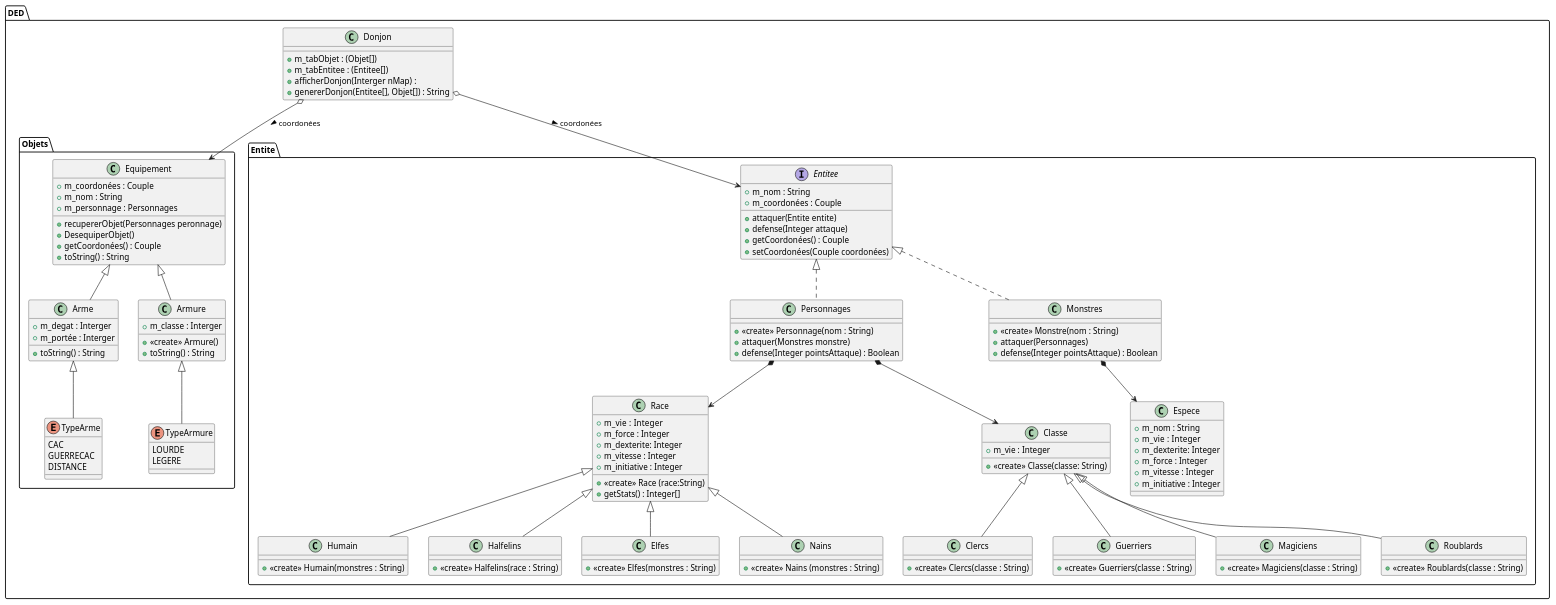
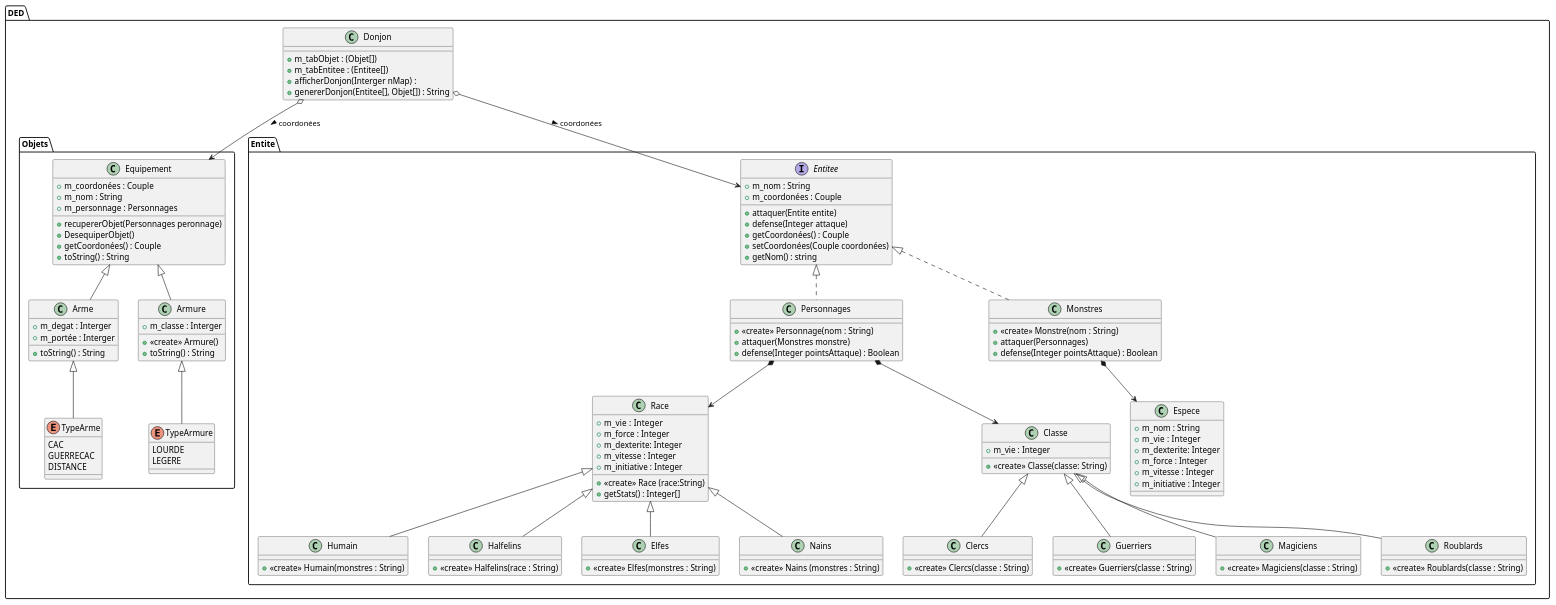
The diagram in uml/umlDeD.puml (prise12/Donjons-et-Dragons), drawn with PlantUML before and after one commit. The commit also changed 4 other files, not shown here.

```diff
--- a/uml/umlDeD.puml
+++ b/uml/umlDeD.puml
@@ -1,177 +1,178 @@
 @startuml
 'https://plantuml.com/class-diagram
 scale 1
 
 package DED{
 
     package Objets {
 
 
 
         class Equipement {
             + m_coordonées : Couple
             + m_nom : String
             + m_personnage : Personnages
             + recupererObjet(Personnages peronnage)
             + DesequiperObjet()
             + getCoordonées() : Couple
             + toString() : String
 
         }
 
         class Arme extends Equipement
         {
 
                 + m_degat : Interger
                 + m_portée : Interger
                 + toString() : String
         }
 
         enum TypeArme extends Arme
         {
             CAC
             GUERRECAC
             DISTANCE
         }
 
         class Armure extends Equipement
         {
                 + <<create>> Armure()
                 + m_classe : Interger
                 + toString() : String
         }
 
         enum TypeArmure    extends Armure
         {
             LOURDE
             LEGERE
         }
 
     }
 
     package Entite {
             interface Entitee
             {
                 + m_nom : String
                 + m_coordonées : Couple
                 + attaquer(Entite entite)
                 + defense(Integer attaque)
                 + getCoordonées() : Couple
                 + setCoordonées(Couple coordonées)
+                + getNom() : string
             }
 
             class Personnages implements Entitee
             {
                 +<<create>> Personnage(nom : String)
                 +attaquer(Monstres monstre)
                 +defense(Integer pointsAttaque) : Boolean
             }
 
             class Race
             {
                 + <<create>> Race (race:String)
                 + m_vie  : Integer
                 + m_force : Integer
                 + m_dexterite: Integer
                 + m_vitesse : Integer
                 + m_initiative : Integer
                 + getStats() : Integer[]
 
             }
 
             class Humain extends Race
             {
                 +<<create>> Humain(monstres : String)
 
             }
 
             class Halfelins extends Race
             {
                 +<<create>> Halfelins(race : String)
 
             }
 
             class Elfes extends Race
             {
                 +<<create>> Elfes(monstres : String)
 
             }
 
             class Nains extends Race
             {
                 +<<create>> Nains (monstres : String)
 
             }
 
             class Classe
             {
                 +<<create>> Classe(classe: String)
                 +m_vie : Integer
             }
 
             class Clercs extends Classe
             {
                 +<<create>> Clercs(classe : String)
 
 
             }
 
             class Guerriers extends Classe
             {
                 +<<create>> Guerriers(classe : String)
 
             }
 
             class Magiciens extends Classe
             {
                 +<<create>> Magiciens(classe : String)
             }
 
             class Roublards extends Classe
             {
                 +<<create>> Roublards(classe : String)
             }
 
             class Monstres implements Entitee
             {
 
                 +<<create>> Monstre(nom : String)
                 +attaquer(Personnages)
                 +defense(Integer pointsAttaque) : Boolean
             }
 
             class Espece
             {
                 +m_nom : String
                 +m_vie  : Integer
                 +m_dexterite: Integer
                 +m_force : Integer
                 +m_vitesse : Integer
                 +m_initiative : Integer
             }
 
     }
 
 
     class Donjon
     {
 
         + m_tabObjet : (Objet[])
         + m_tabEntitee : (Entitee[])
         + afficherDonjon(Interger nMap) :
         + genererDonjon(Entitee[], Objet[]) : String
     }
 
 }
 
 
 Donjon o--> Equipement : > coordonées
 Donjon o--> Entitee: > coordonées
 Personnages *--> Race
 Personnages *--> Classe
 Monstres *--> Espece
 
 
 
 
 @enduml
```
